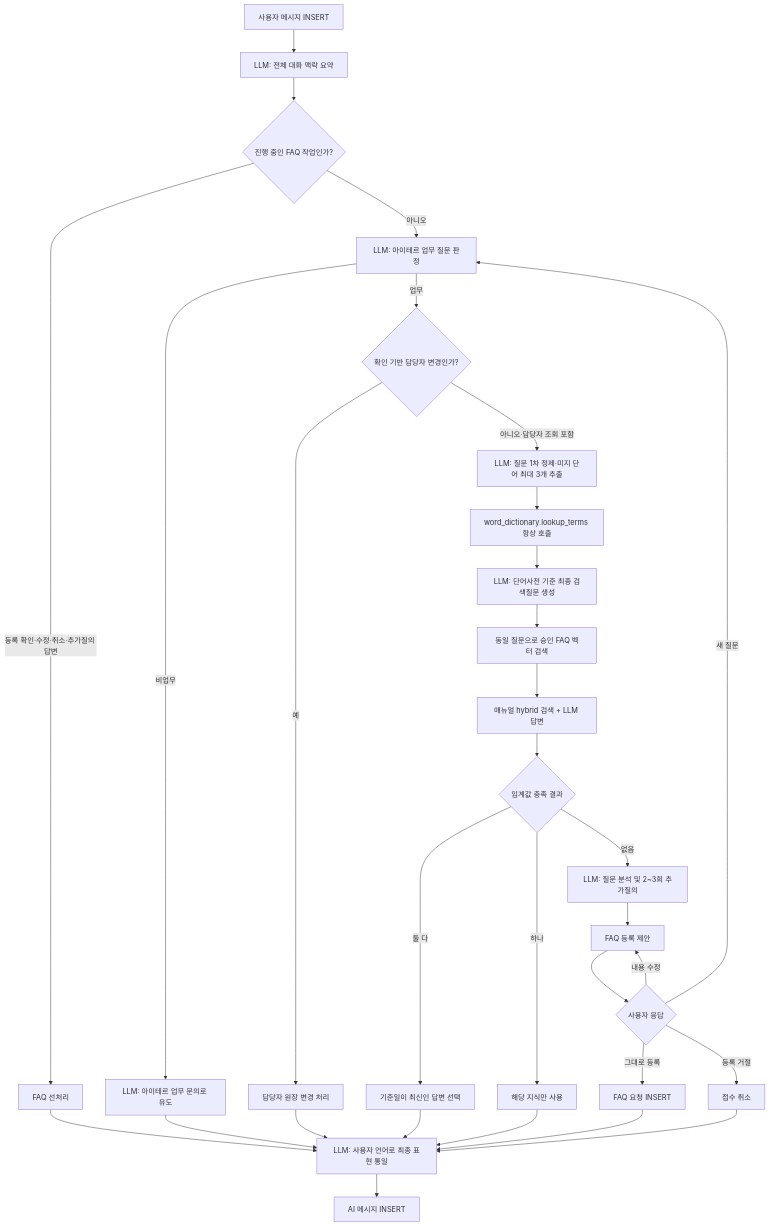
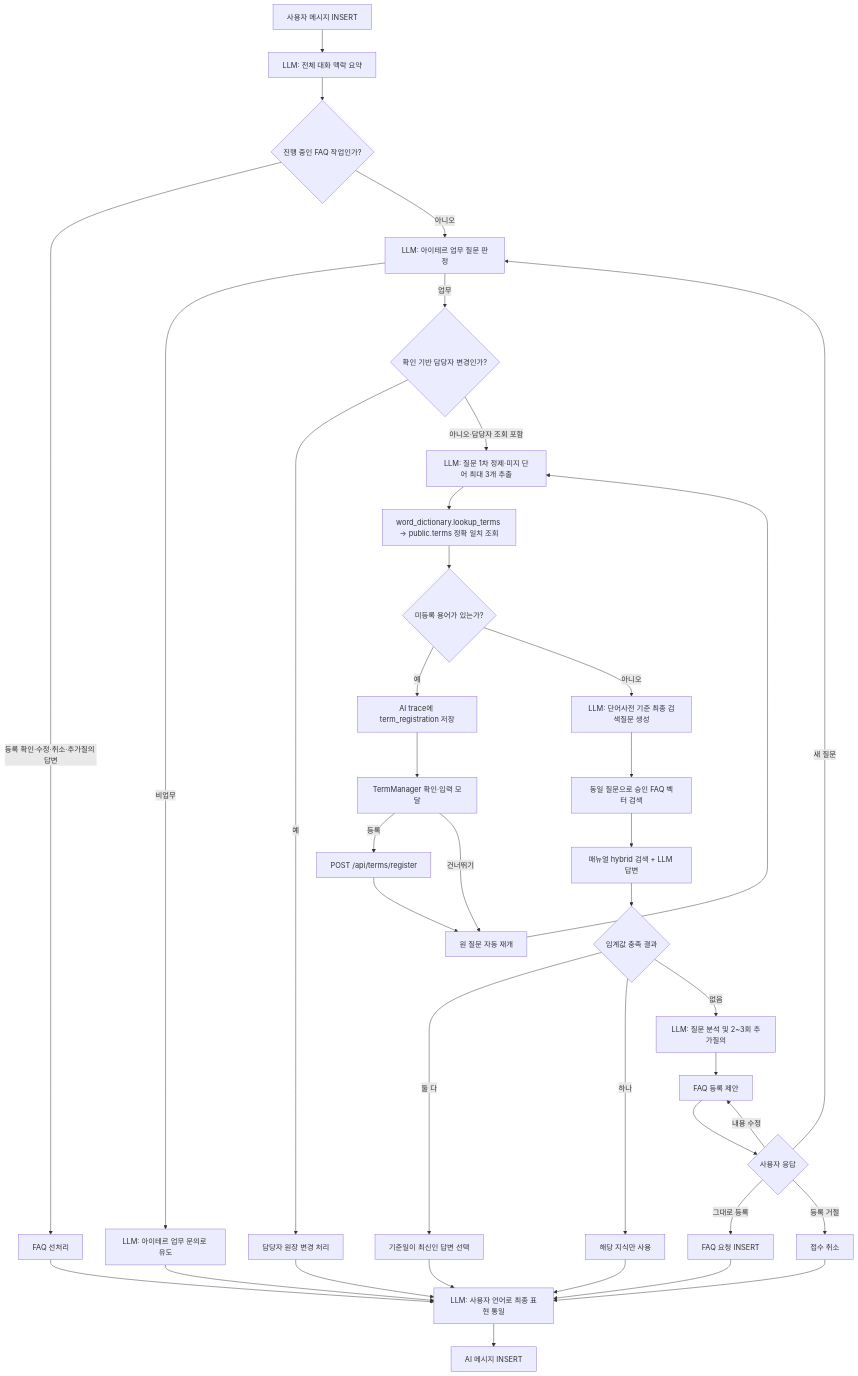
The second of 3 diagrams in README_kyj.md (hyunssu/AX_ATTACK), drawn with Mermaid before and after one commit. The commit also changed other lines of this file, not shown here.

````diff
--- a/README_kyj.md
+++ b/README_kyj.md
@@ -219,33 +248,40 @@
 ```mermaid
 flowchart TD
     A["사용자 메시지 INSERT"] --> B["LLM: 전체 대화 맥락 요약"]
     B --> C{"진행 중인 FAQ 작업인가?"}
     C -->|등록 확인·수정·취소·추가질의 답변| P["FAQ 선처리"]
     C -->|아니오| D["LLM: 아이테르 업무 질문 판정"]
     D -->|비업무| E["LLM: 아이테르 업무 문의로 유도"]
     D -->|업무| F{"확인 기반 담당자 변경인가?"}
     F -->|예| G["담당자 원장 변경 처리"]
     F -->|아니오·담당자 조회 포함| U["LLM: 질문 1차 정제·미지 단어 최대 3개 추출"]
-    U --> V["word_dictionary.lookup_terms 항상 호출"]
-    V --> W["LLM: 단어사전 기준 최종 검색질문 생성"]
+    U --> V["word_dictionary.lookup_terms → public.terms 정확 일치 조회"]
+    V --> X{"미등록 용어가 있는가?"}
+    X -->|예| Y["AI trace에 term_registration 저장"]
+    Y --> Z["TermManager 확인·입력 모달"]
+    Z -->|등록| ZA["POST /api/terms/register"]
+    ZA --> ZB["원 질문 자동 재개"]
+    Z -->|건너뛰기| ZB
+    ZB --> U
+    X -->|아니오| W["LLM: 단어사전 기준 최종 검색질문 생성"]
     W --> H["동일 질문으로 승인 FAQ 벡터 검색"]
     H --> I["매뉴얼 hybrid 검색 + LLM 답변"]
     I --> J{"임계값 충족 결과"}
     J -->|둘 다| K["기준일이 최신인 답변 선택"]
     J -->|하나| L["해당 지식만 사용"]
     J -->|없음| M["LLM: 질문 분석 및 2~3회 추가질의"]
     M --> N["FAQ 등록 제안"]
     N --> O{"사용자 응답"}
     O -->|그대로 등록| Q["FAQ 요청 INSERT"]
     O -->|내용 수정| N
     O -->|등록 거절| R["접수 취소"]
     O -->|새 질문| D
     P --> S["LLM: 사용자 언어로 최종 표현 통일"]
     E --> S
     G --> S
     K --> S
     L --> S
     Q --> S
     R --> S
     S --> T["AI 메시지 INSERT"]
 ```
````
